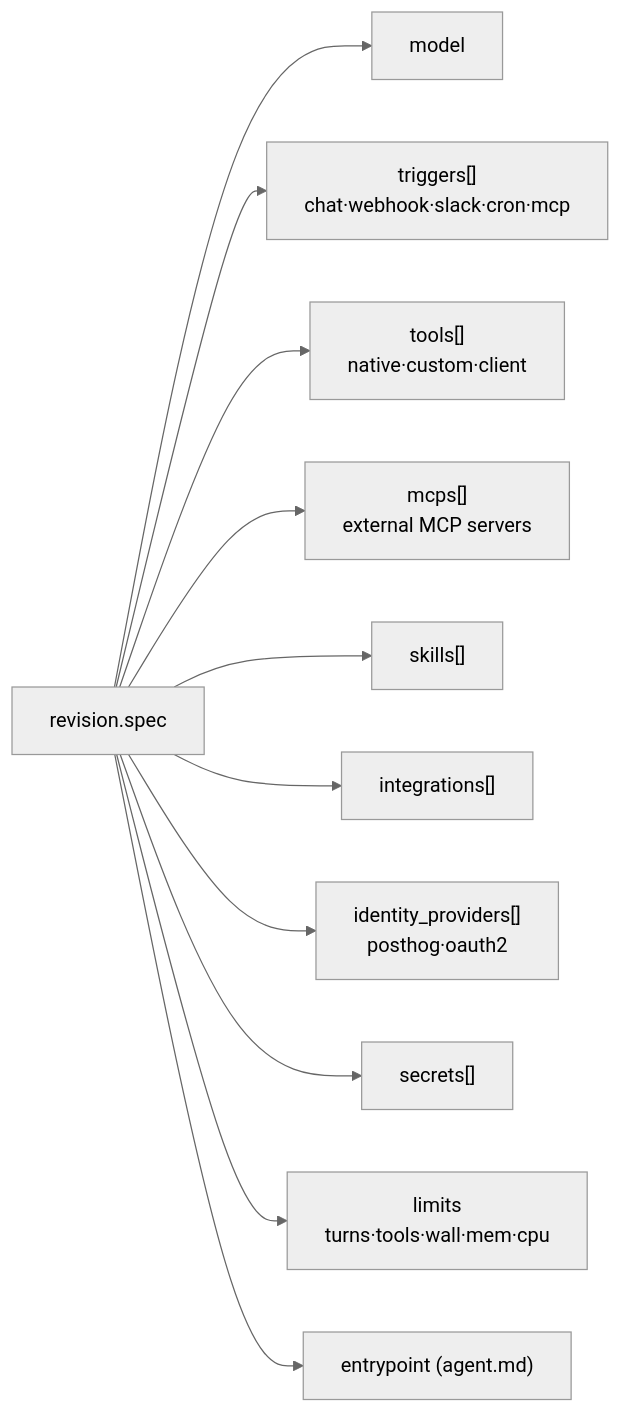
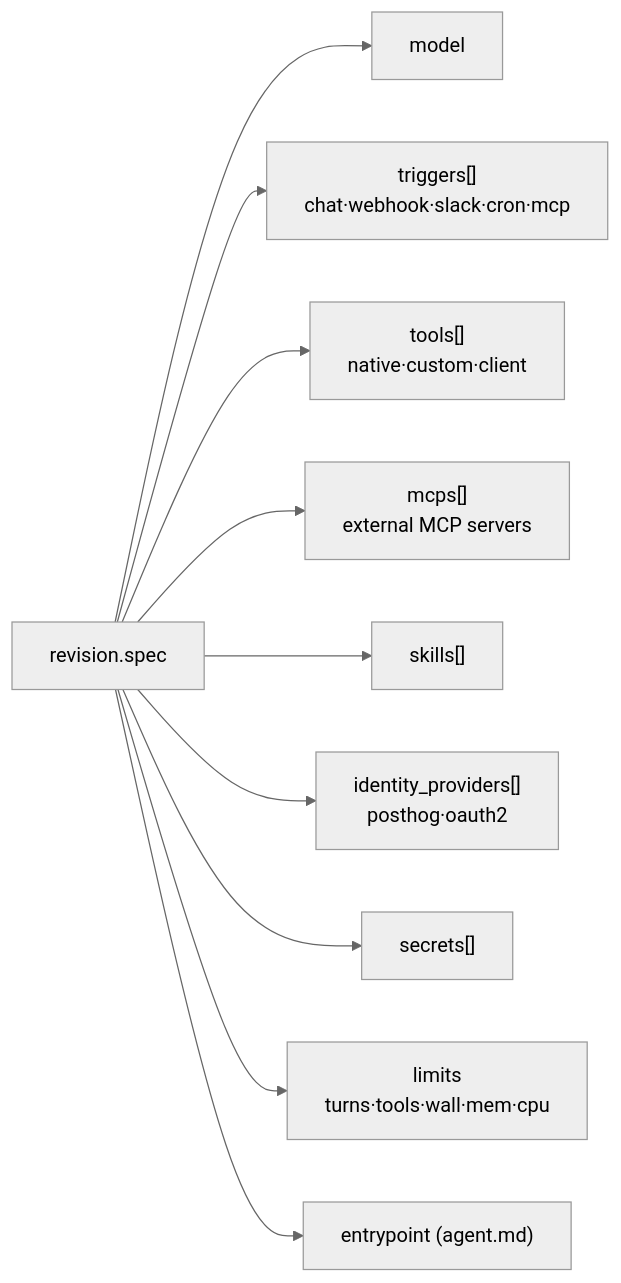
One commit to gabrielmoreira/agent-skills-mirror changed the third of 4 diagrams in mirrors/repos/PostHog@posthog/products/agent_platform/docs/architecture.md. Above: the diagram before and after it, drawn with Mermaid (neutral theme). The commit also changed 4295 other files, not shown here.

````diff
--- a/mirrors/repos/PostHog@posthog/products/agent_platform/docs/architecture.md
+++ b/mirrors/repos/PostHog@posthog/products/agent_platform/docs/architecture.md
@@ -101,13 +101,12 @@
 ```mermaid
 flowchart LR
     spec["revision.spec"] --> model["model"]
     spec --> triggers["triggers[]<br/>chat·webhook·slack·cron·mcp"]
     spec --> tools["tools[]<br/>native·custom·client"]
     spec --> mcps["mcps[]<br/>external MCP servers"]
     spec --> skills["skills[]"]
-    spec --> integ["integrations[]"]
     spec --> idp["identity_providers[]<br/>posthog·oauth2"]
     spec --> secrets["secrets[]"]
     spec --> limits["limits<br/>turns·tools·wall·mem·cpu"]
     spec --> entry["entrypoint (agent.md)"]
 ```
````
